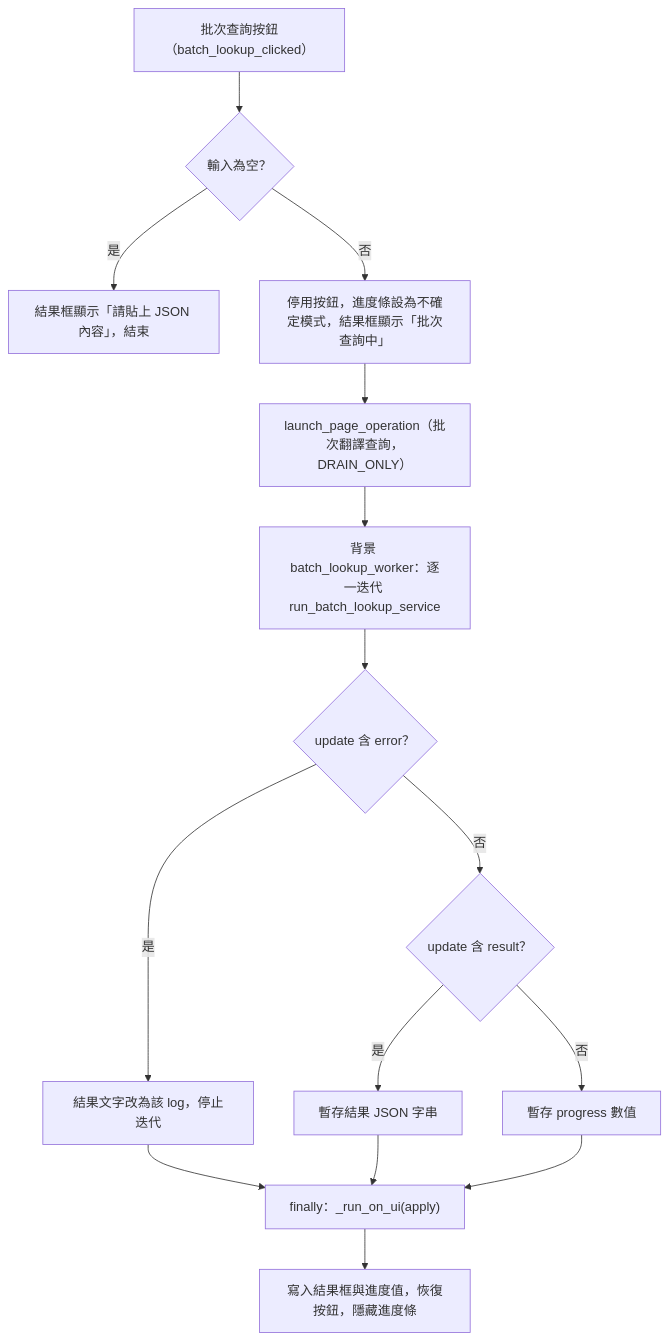
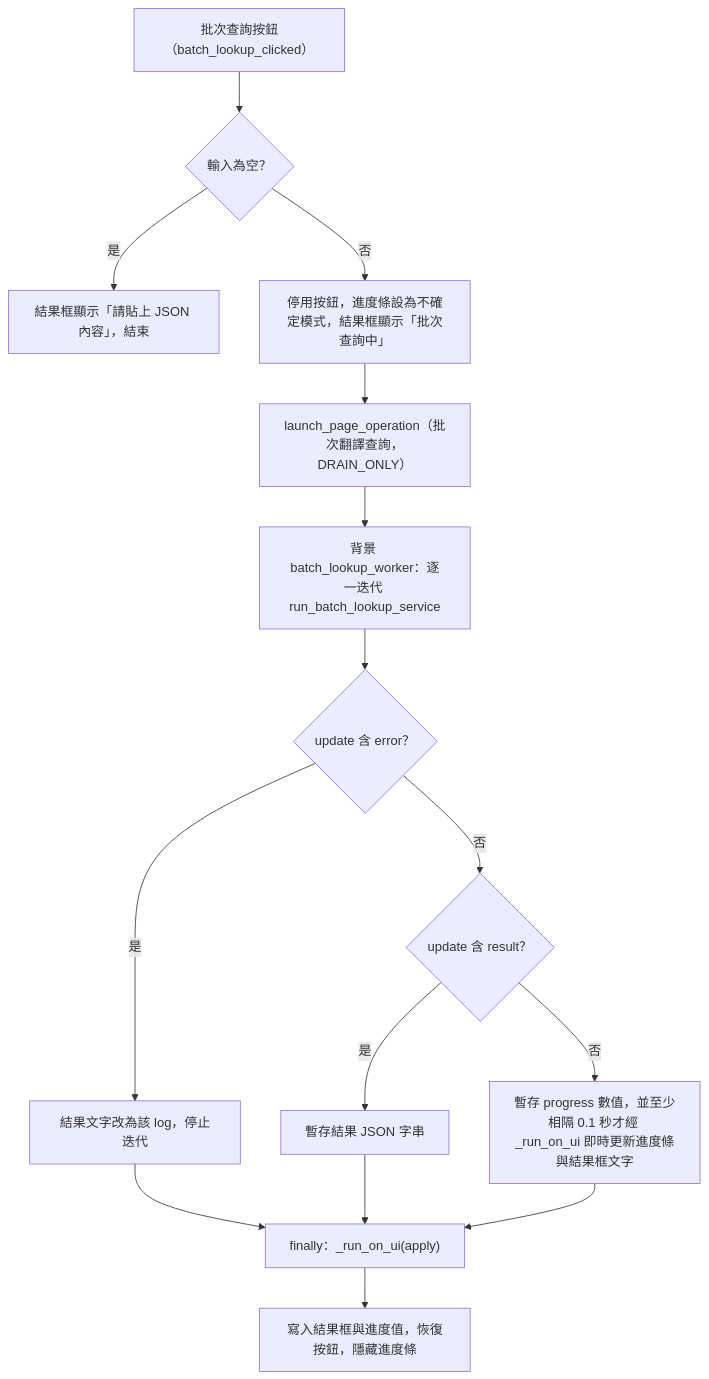
Before and after one commit to jlin53882/Minecraft-translate: the second of 2 diagrams in docs/page_flows/lookup.md, drawn with Mermaid. The commit also changed other lines of this file and 37 other files, not shown here.

````diff
--- a/docs/page_flows/lookup.md
+++ b/docs/page_flows/lookup.md
@@ -43,17 +43,17 @@
 ```mermaid
 flowchart TD
     A["批次查詢按鈕（batch_lookup_clicked）"] --> B{"輸入為空？"}
     B -- 是 --> C["結果框顯示「請貼上 JSON 內容」，結束"]
     B -- 否 --> D["停用按鈕，進度條設為不確定模式，結果框顯示「批次查詢中」"]
     D --> E["launch_page_operation（批次翻譯查詢，DRAIN_ONLY）"]
     E --> F["背景 batch_lookup_worker：逐一迭代 run_batch_lookup_service"]
     F --> G{"update 含 error？"}
     G -- 是 --> H["結果文字改為該 log，停止迭代"]
     G -- 否 --> I{"update 含 result？"}
     I -- 是 --> J["暫存結果 JSON 字串"]
-    I -- 否 --> K["暫存 progress 數值"]
+    I -- 否 --> K["暫存 progress 數值，並至少相隔 0.1 秒才經 _run_on_ui 即時更新進度條與結果框文字"]
     H --> L["finally：_run_on_ui(apply)"]
     J --> L
     K --> L
     L --> M["寫入結果框與進度值，恢復按鈕，隱藏進度條"]
 ```
````
